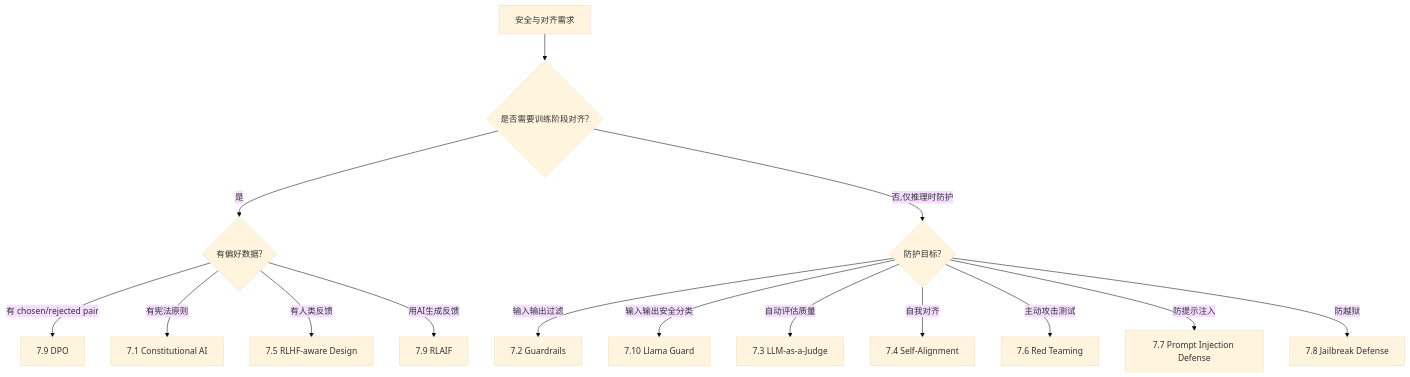
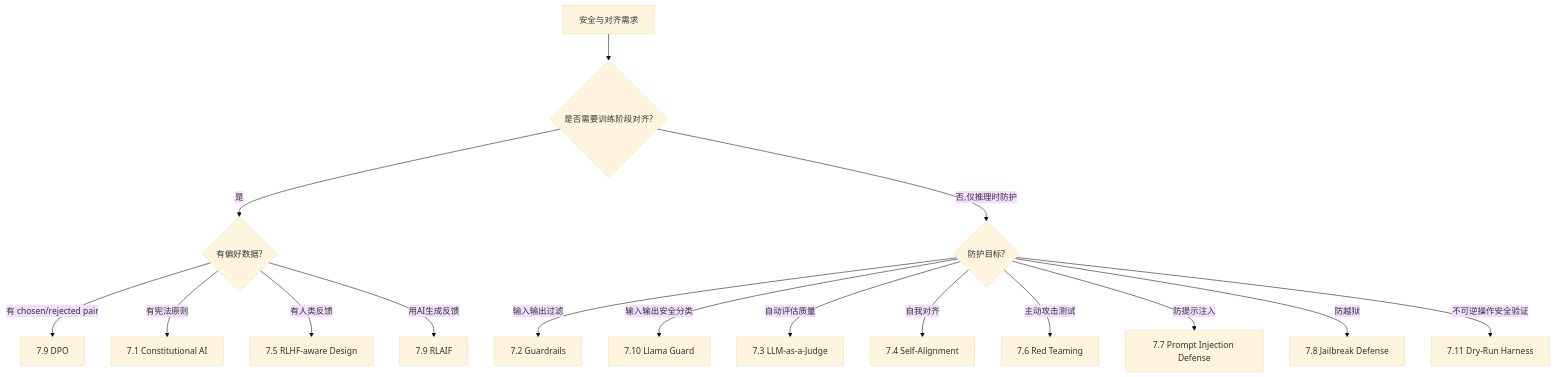
One commit to eeyzs1/agent_demos changed diagram 12 of 12 in design_mode/docs/07_安全与对齐类.md. Above: the diagram before and after it, drawn with Mermaid (base theme). The commit also changed other lines of this file and 8 other files, not shown here.

Commit message:
feat: 新增6个2026前沿模式(Blackboard/GraphMemory/MetaController/DryRunHarness/MetaAgent/ReflexiveAgent)+TAOR注记, 总数110到116

````diff
--- a/design_mode/docs/07_安全与对齐类.md
+++ b/design_mode/docs/07_安全与对齐类.md
@@ -4450,17 +4668,18 @@
 ```mermaid
 flowchart TD
     A[安全与对齐需求] --> B{是否需要训练阶段对齐?}
     B -->|是| C{有偏好数据?}
     C -->|有 chosen/rejected pair| D[7.9 DPO]
     C -->|有宪法原则| E[7.1 Constitutional AI]
     C -->|有人类反馈| F[7.5 RLHF-aware Design]
     C -->|用AI生成反馈| G[7.9 RLAIF]
     B -->|否,仅推理时防护| H{防护目标?}
     H -->|输入输出过滤| I[7.2 Guardrails]
     H -->|输入输出安全分类| O[7.10 Llama Guard]
     H -->|自动评估质量| J[7.3 LLM-as-a-Judge]
     H -->|自我对齐| K[7.4 Self-Alignment]
     H -->|主动攻击测试| L[7.6 Red Teaming]
     H -->|防提示注入| M[7.7 Prompt Injection Defense]
     H -->|防越狱| N[7.8 Jailbreak Defense]
+    H -->|不可逆操作安全验证| P[7.11 Dry-Run Harness]
 ```
````
